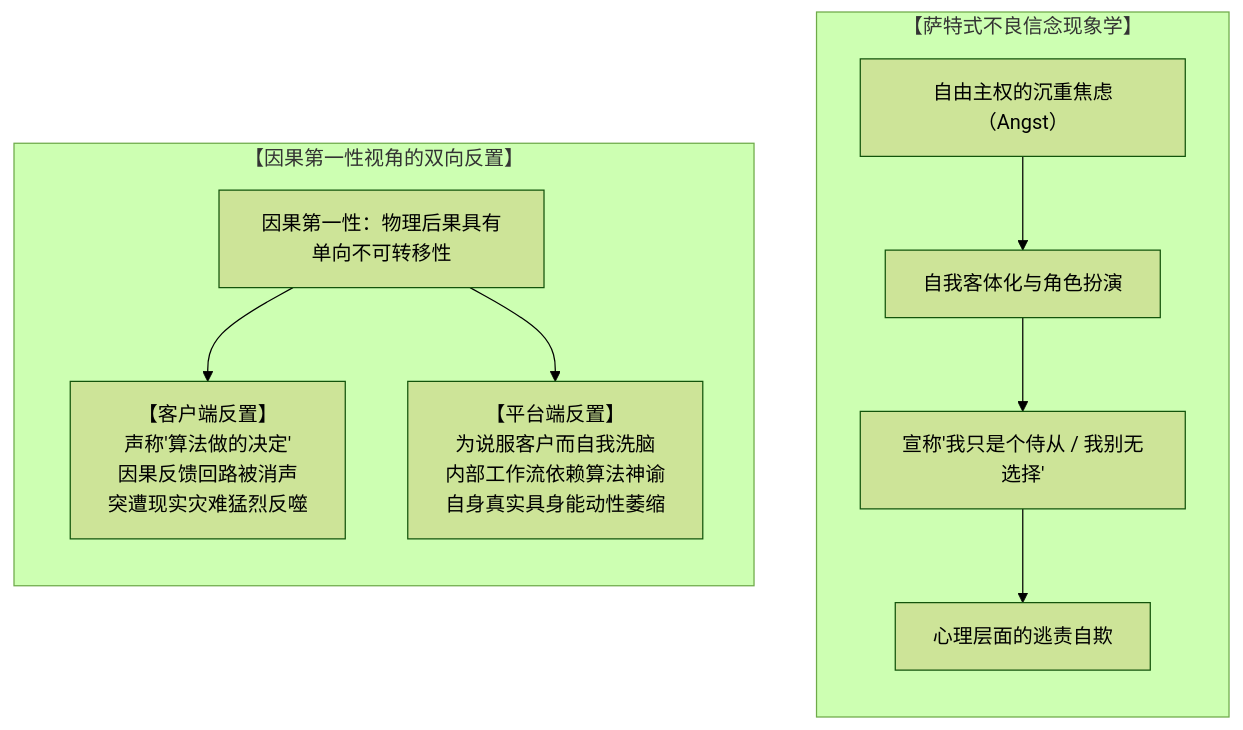
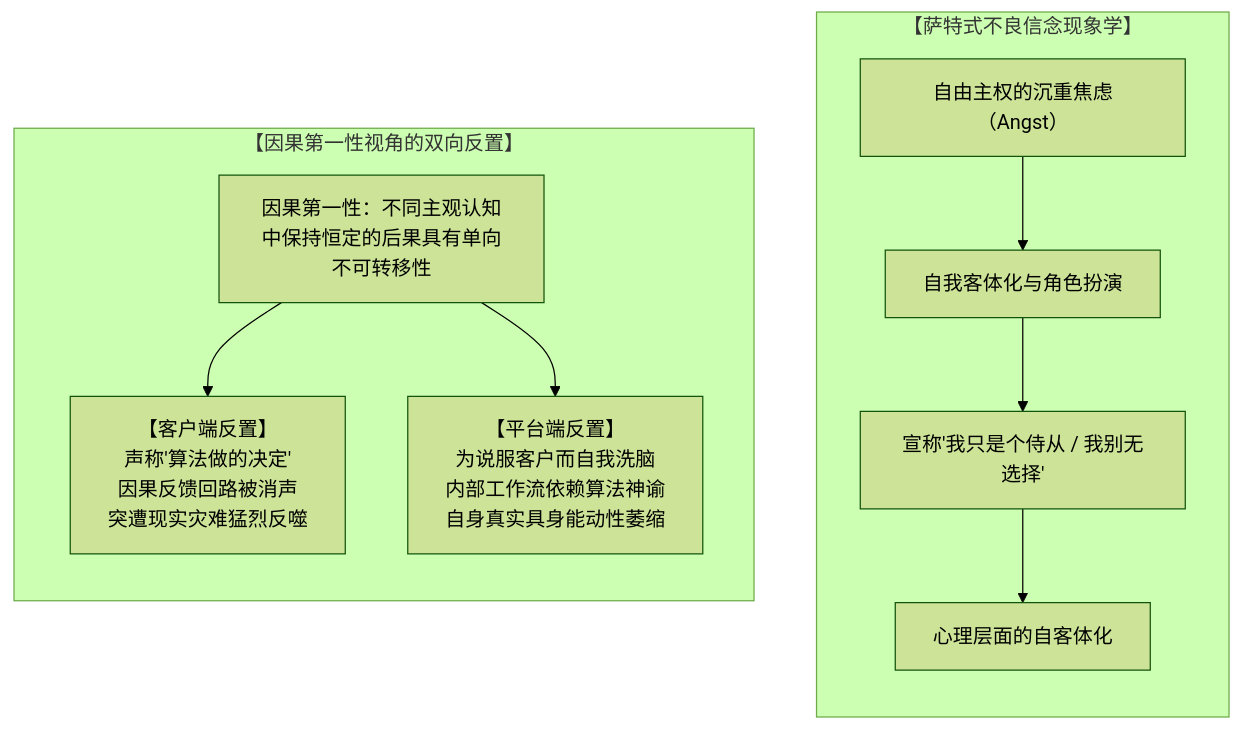
The sixth of 11 diagrams in content/posts/the-delegation-of-the-task-and-the-inalienability-of-consequences.md (powerpig99/not-a-toe), drawn with Mermaid (forest theme) before and after one commit. The commit also changed other lines of this file and 4 other files, not shown here.

````diff
--- a/content/posts/the-delegation-of-the-task-and-the-inalienability-of-consequences.md
+++ b/content/posts/the-delegation-of-the-task-and-the-inalienability-of-consequences.md
@@ -153,16 +153,16 @@
 ```mermaid
 graph TD
     subgraph Sartrean_Phenomenology["【萨特式不良信念现象学】"]
         direction TB
         S1["自由主权的沉重焦虑（Angst）"] --> S2["自我客体化与角色扮演"]
         S2 --> S3["宣称'我只是个侍从 / 我别无选择'"]
-        S3 --> S4["心理层面的逃责自欺"]
+        S3 --> S4["心理层面的自客体化"]
     end
 
     subgraph Causal_First_Principles["【因果第一性视角的双向反置】"]
         direction TB
-        C_Origin["因果第一性：物理后果具有单向不可转移性"]
+        C_Origin["因果第一性：不同主观认知中保持恒定的后果具有单向不可转移性"]
         C_Origin --> B_Client["【客户端反置】<br/>声称'算法做的决定'<br/>因果反馈回路被消声<br/>突遭现实灾难猛烈反噬"]
         C_Origin --> B_Platform["【平台端反置】<br/>为说服客户而自我洗脑<br/>内部工作流依赖算法神谕<br/>自身真实具身能动性萎缩"]
     end
 ```
````
